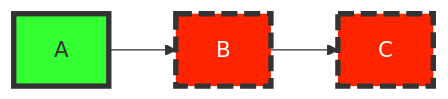
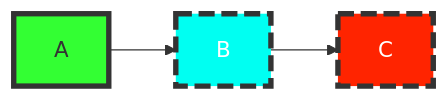
Before and after one commit to SergeevSergeiS/Wildberries: the diagram in README.md, drawn with Mermaid.

Commit message:
README.md created

````diff
--- a/README.md
+++ b/README.md
@@ -1,8 +1,8 @@
 ```mermaid
   flowchart LR
     classDef class1 fill:#3f3,stroke:#333,stroke-width:4px
     classDef class2 fill:#ff2400,stroke:#333,stroke-width:4px,color:#fff,stroke-dasharray: 12 5
     classDef class3 fill:#00fff2,stroke:#333,stroke-width:4px,color:#fff,stroke-dasharray: 12 5
     
-    A:::class1 --> B:::class2 --> C:::class2
+    A:::class1 --> B:::class3 --> C:::class2
 ```
````
